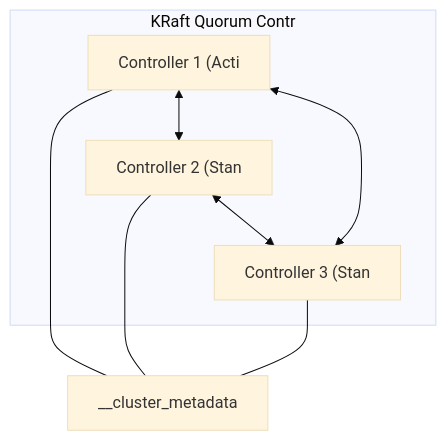
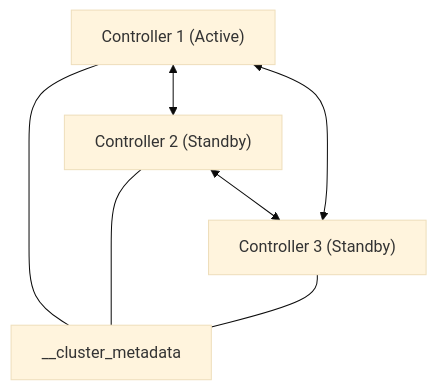
One commit to yjkim2015/yjkim2015.github.io changed the ninth of 17 diagrams in _posts/kafka/2026-05-01-kafka-fundamentals.md. Above: the diagram before and after it, drawn with Mermaid (base theme). The commit also changed other lines of this file and 155 other files, not shown here.

First line of the commit message:
Mermaid 전면 수정: subgraph 제거, participant/노드/줄수 축소 (342블록)

````diff
--- a/_posts/kafka/2026-05-01-kafka-fundamentals.md
+++ b/_posts/kafka/2026-05-01-kafka-fundamentals.md
@@ -321,9 +298,7 @@
 ```mermaid
 graph TD
-    subgraph kraft["KRaft Quorum Contr"]
-        C1["Controller 1 (Acti"] <--> C2["Controller 2 (Stan"]
-        C2 <--> C3["Controller 3 (Stan"]
-        C1 <--> C3
-    end
+    C1["Controller 1 (Active)"] <--> C2["Controller 2 (Standby)"]
+    C2 <--> C3["Controller 3 (Standby)"]
+    C1 <--> C3
     C1 & C2 & C3 --- META["__cluster_metadata"]
 ```
````
